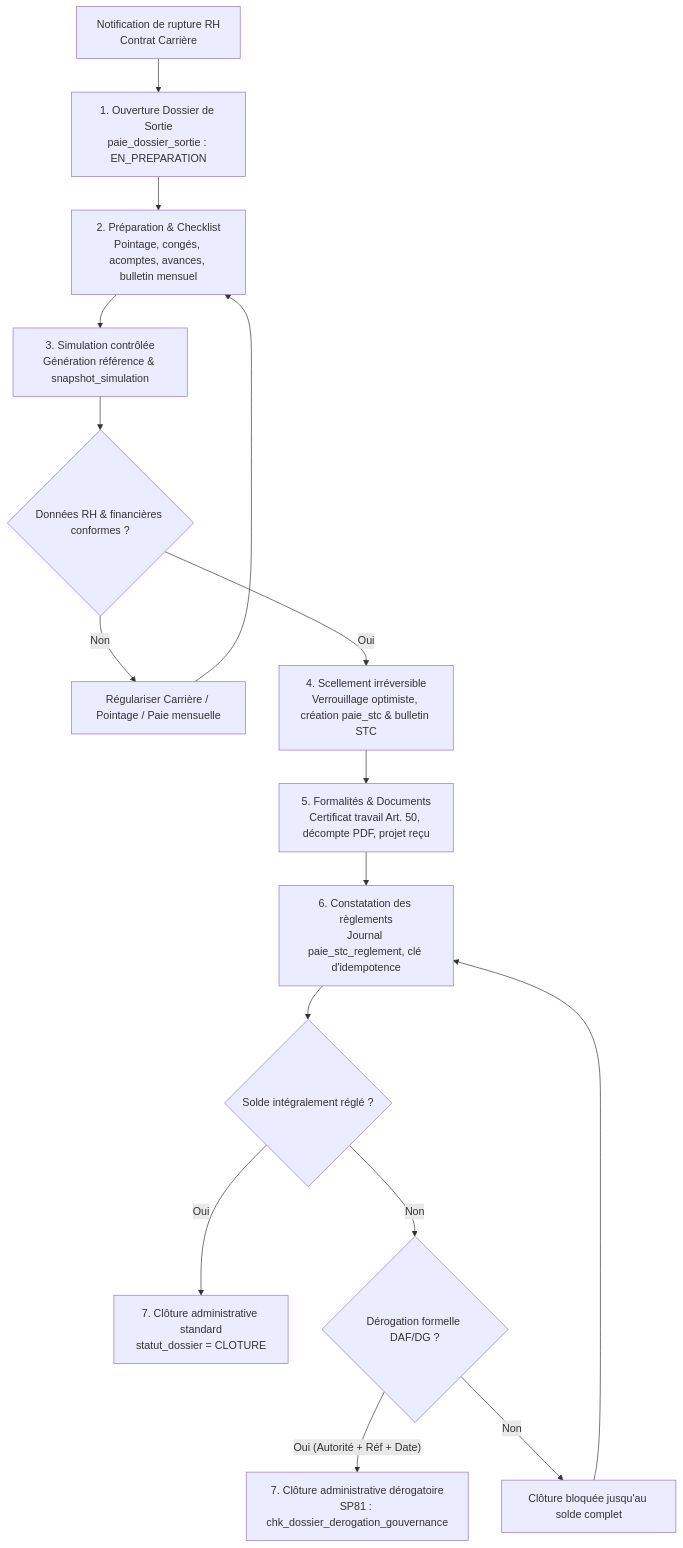
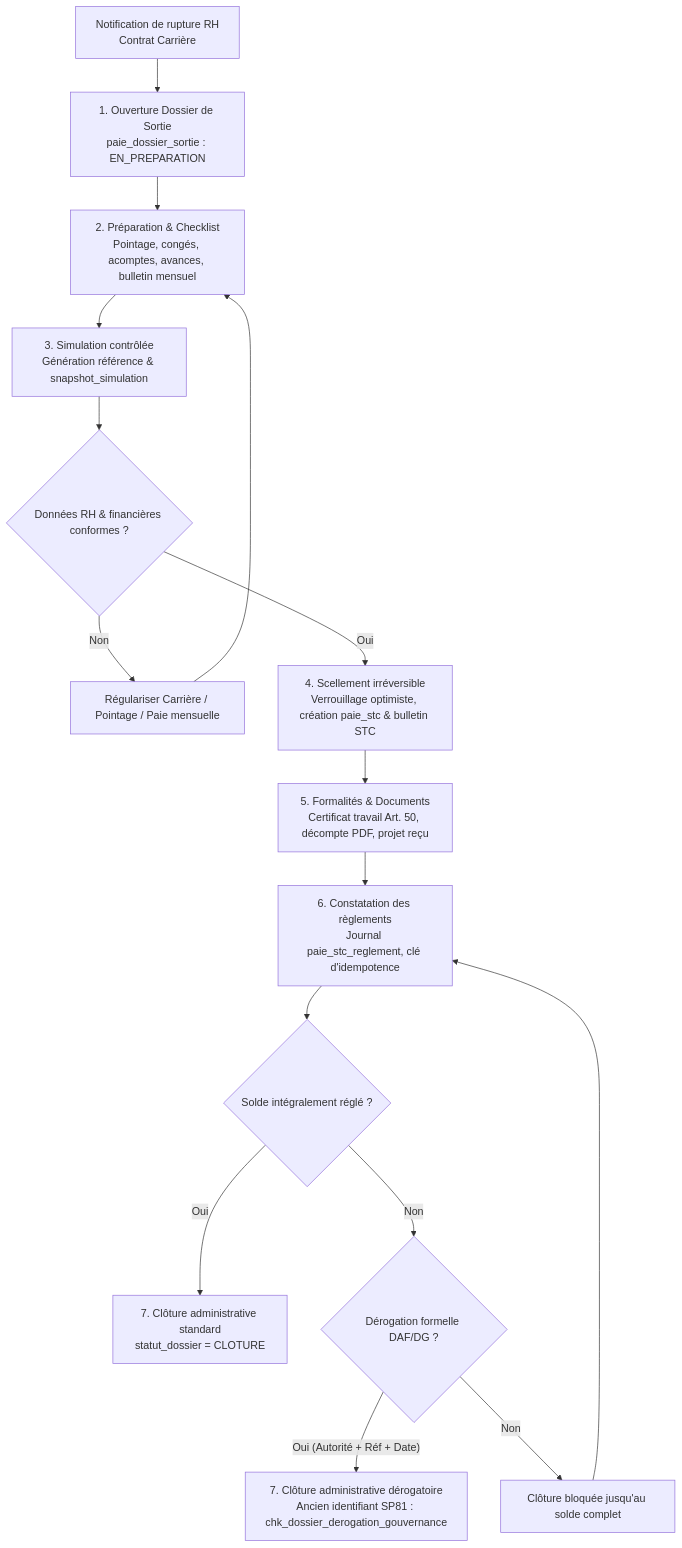
One commit to Tnyaina/GALAXAM-SIRH changed the diagram in backend/docs/boky/module-paie.md. Above: the diagram before and after it, drawn with Mermaid. The commit also changed other lines of this file and 34 other files, not shown here.

````diff
--- a/backend/docs/boky/module-paie.md
+++ b/backend/docs/boky/module-paie.md
@@ -397,18 +397,18 @@
 ```mermaid
 flowchart TD
     A[Notification de rupture RH<br/>Contrat Carrière] --> B[1. Ouverture Dossier de Sortie<br/>paie_dossier_sortie : EN_PREPARATION]
     B --> C[2. Préparation & Checklist<br/>Pointage, congés, acomptes, avances, bulletin mensuel]
     C --> D[3. Simulation contrôlée<br/>Génération référence & snapshot_simulation]
     D --> E{Données RH & financières conformes ?}
     E -- Non --> F[Régulariser Carrière / Pointage / Paie mensuelle]
     F --> C
     E -- Oui --> G[4. Scellement irréversible<br/>Verrouillage optimiste, création paie_stc & bulletin STC]
     G --> H[5. Formalités & Documents<br/>Certificat travail Art. 50, décompte PDF, projet reçu]
     H --> I[6. Constatation des règlements<br/>Journal paie_stc_reglement, clé d'idempotence]
     I --> J{Solde intégralement réglé ?}
     J -- Oui --> K[7. Clôture administrative standard<br/>statut_dossier = CLOTURE]
     J -- Non --> L{Dérogation formelle DAF/DG ?}
-    L -- Oui (Autorité + Réf + Date) --> M[7. Clôture administrative dérogatoire<br/>SP81 : chk_dossier_derogation_gouvernance]
+    L -- Oui (Autorité + Réf + Date) --> M[7. Clôture administrative dérogatoire<br/>Ancien identifiant SP81 : chk_dossier_derogation_gouvernance]
     L -- Non --> N[Clôture bloquée jusqu'au solde complet]
     N --> I
 ```
````
